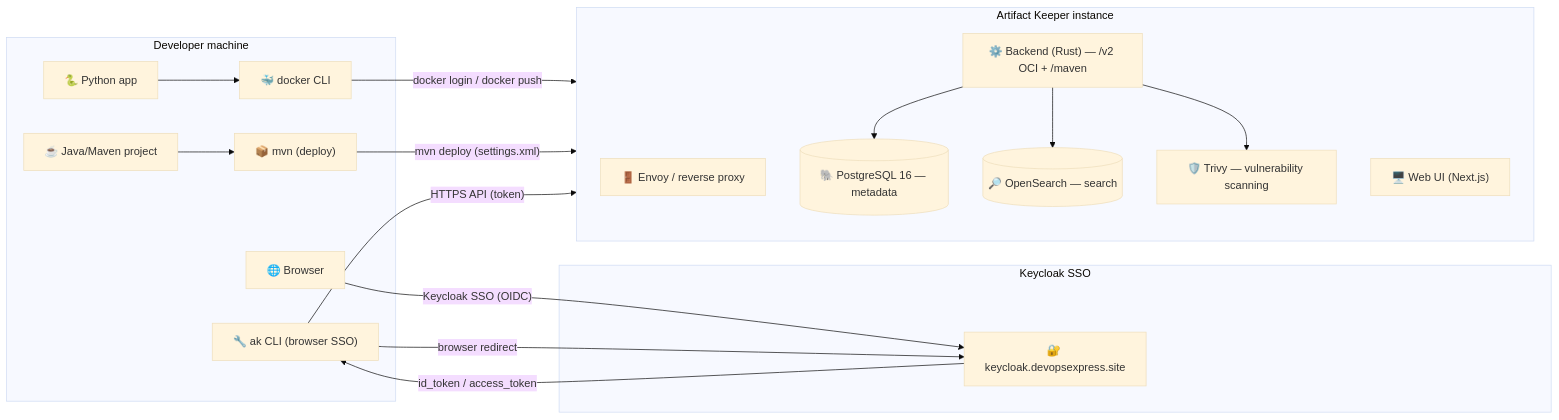
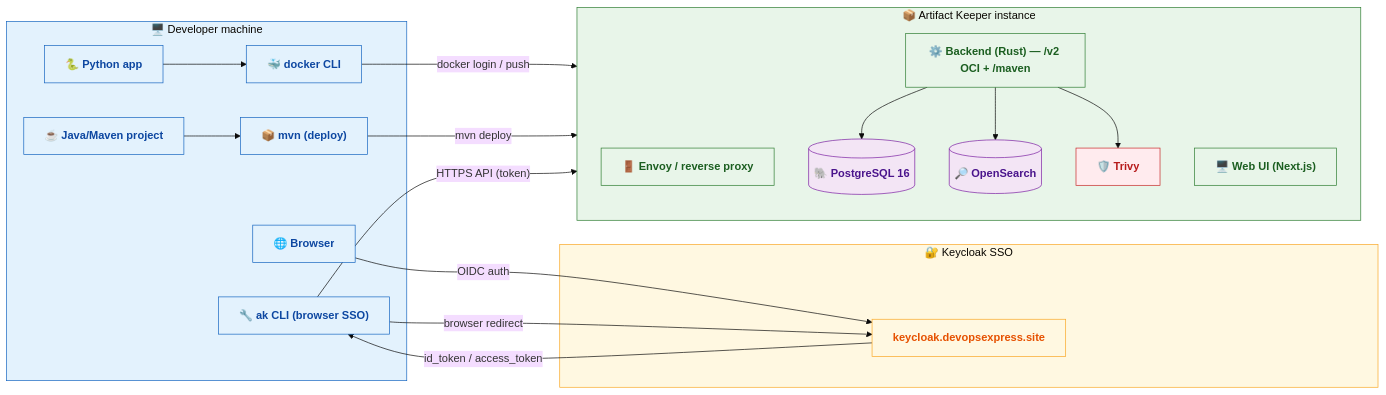
One commit to Orpere/artifactory-keeper-demo changed the diagram in README.md. Above: the diagram before and after it, drawn with Mermaid (base theme). The commit also changed other lines of this file and 17 other files, not shown here.

First line of the commit message:
Colorize: brand-colored icons + color-coded mermaid diagrams

````diff
--- a/README.md
+++ b/README.md
@@ -52,31 +52,47 @@
 ```mermaid
 flowchart LR
-    subgraph DEV["Developer machine"]
+    classDef client  fill:#E3F2FD,stroke:#1565C0,color:#0D47A1,font-weight:bold
+    classDef identity fill:#FFF8E1,stroke:#F9A825,color:#E65100,font-weight:bold
+    classDef registry fill:#E8F5E9,stroke:#2E7D32,color:#1B5E20,font-weight:bold
+    classDef storage  fill:#F3E5F5,stroke:#7B1FA2,color:#4A148C,font-weight:bold
+    classDef security fill:#FFEBEE,stroke:#C62828,color:#B71C1C,font-weight:bold
+
+    subgraph DEV["🖥️ Developer machine"]
         P["🐍 Python app"] --> D["🐳 docker CLI"]
         J["☕ Java/Maven project"] --> MVN["📦 mvn (deploy)"]
         AK["🔧 ak CLI (browser SSO)"]
         BR["🌐 Browser"]
     end
 
-    subgraph SSO["Keycloak SSO"]
-        KC["🔐 keycloak.devopsexpress.site"]
+    subgraph SSO["🔐 Keycloak SSO"]
+        KC["keycloak.devopsexpress.site"]
     end
 
-    subgraph AKI["Artifact Keeper instance"]
+    subgraph AKI["📦 Artifact Keeper instance"]
         direction TB
         GW["🚪 Envoy / reverse proxy"]
         BE["⚙️ Backend (Rust) — /v2 OCI + /maven"]
         UI["🖥️ Web UI (Next.js)"]
-        PG[("🐘 PostgreSQL 16 — metadata")]
-        OS[("🔎 OpenSearch — search")]
-        TR["🛡️ Trivy — vulnerability scanning"]
+        PG[("🐘 PostgreSQL 16")]
+        OS[("🔎 OpenSearch")]
+        TR["🛡️ Trivy"]
         BE --> PG & OS & TR
     end
 
-    D -->|"docker login / docker push"| GW
-    MVN -->|"mvn deploy (settings.xml)"| GW
+    D -->|"docker login / push"| GW
+    MVN -->|"mvn deploy"| GW
     AK -->|"HTTPS API (token)"| GW
-    BR -->|"Keycloak SSO (OIDC)"| KC
+    BR -->|"OIDC auth"| KC
     AK -->|"browser redirect"| KC
     KC -->|"id_token / access_token"| AK
+
+    style DEV fill:#E3F2FD,stroke:#1565C0
+    style SSO fill:#FFF8E1,stroke:#F9A825
+    style AKI fill:#E8F5E9,stroke:#2E7D32
+
+    class P,D,J,MVN,AK,BR client
+    class KC identity
+    class GW,BE,UI registry
+    class PG,OS storage
+    class TR security
 ```
````
